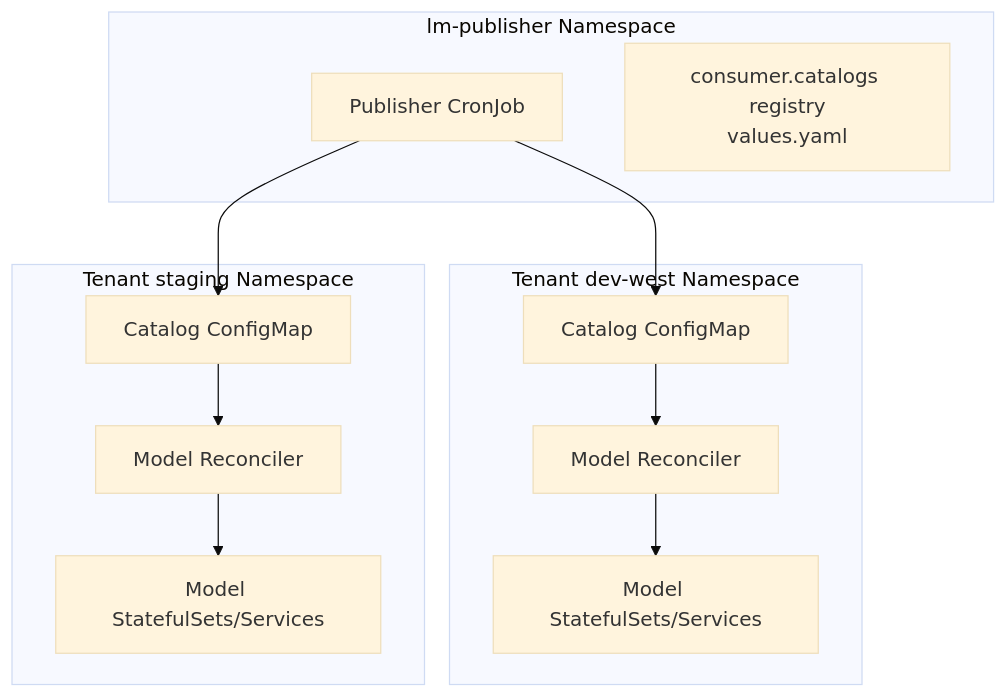
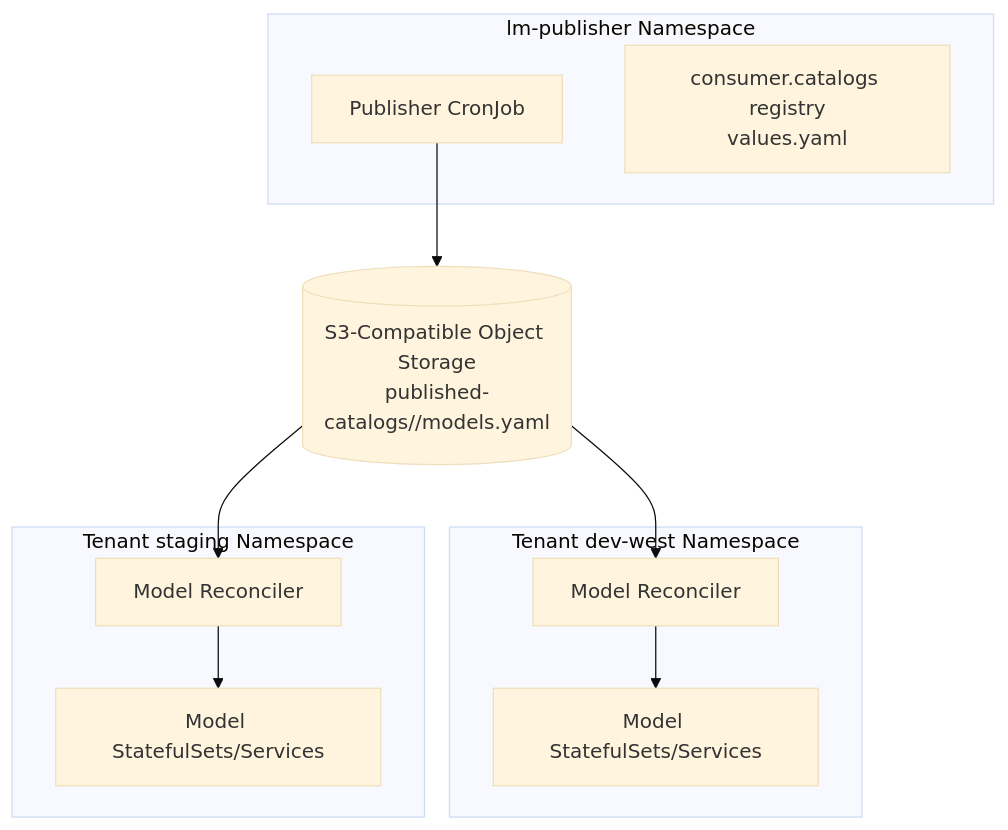
The first of 2 diagrams in lm-serve/README.multiple-tenants.md (prasadnadig/next-word), drawn with Mermaid (base theme) before and after one commit. The commit also changed other lines of this file and 21 other files, not shown here.

First line of the commit message:
refactor(lm-serve): switch reconciler to object-storage tenant catalogs and add dual-key S3 auth failover

````diff
--- a/lm-serve/README.multiple-tenants.md
+++ b/lm-serve/README.multiple-tenants.md
@@ -45,24 +46,23 @@
 ```mermaid
 flowchart TB
   subgraph Publisher[lm-publisher Namespace]
     PV[Publisher CronJob]
     REG[consumer.catalogs registry\nvalues.yaml]
   end
 
+  OBJ[(S3-Compatible Object Storage\npublished-catalogs/<tenant>/models.yaml)]
+
   subgraph T1[Tenant dev-west Namespace]
-    C1[Catalog ConfigMap]
     R1[Model Reconciler]
     M1[Model StatefulSets/Services]
   end
 
   subgraph T2[Tenant staging Namespace]
-    C2[Catalog ConfigMap]
     R2[Model Reconciler]
     M2[Model StatefulSets/Services]
   end
 
-  PV --> C1
-  PV --> C2
-  C1 --> R1 --> M1
-  C2 --> R2 --> M2
+  PV --> OBJ
+  OBJ --> R1 --> M1
+  OBJ --> R2 --> M2
 ```
````
